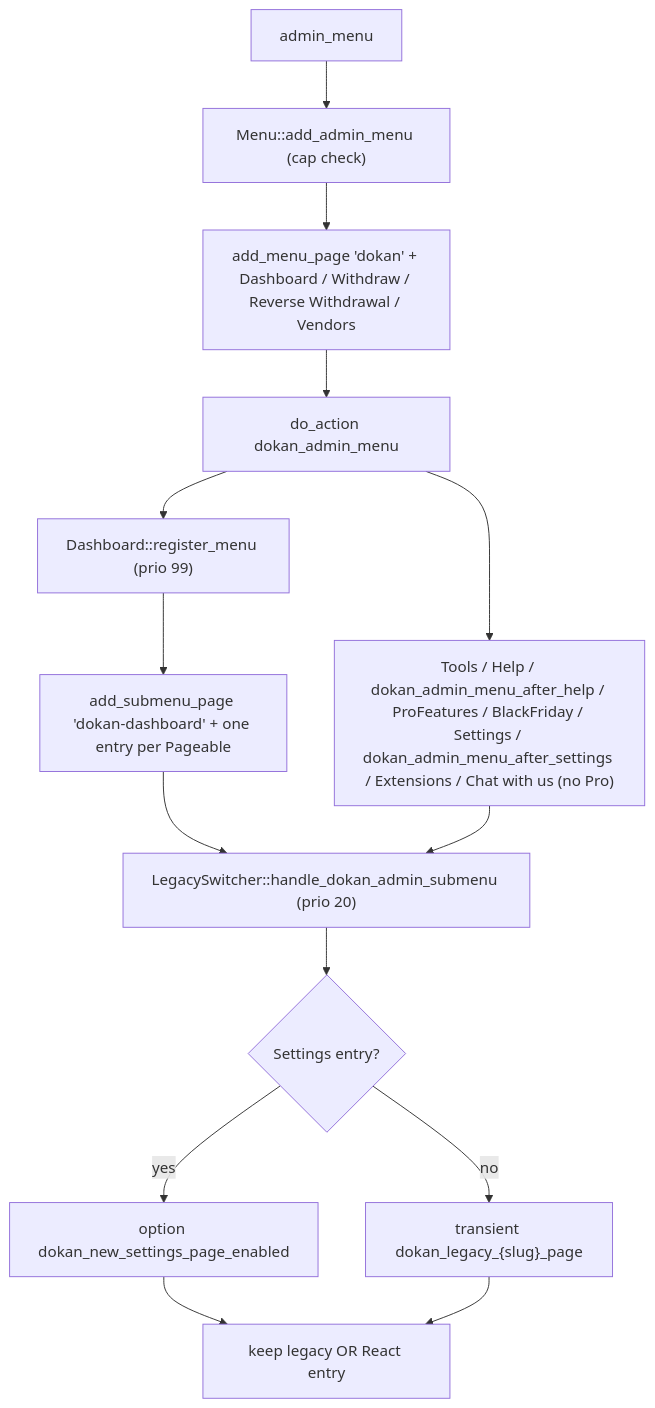
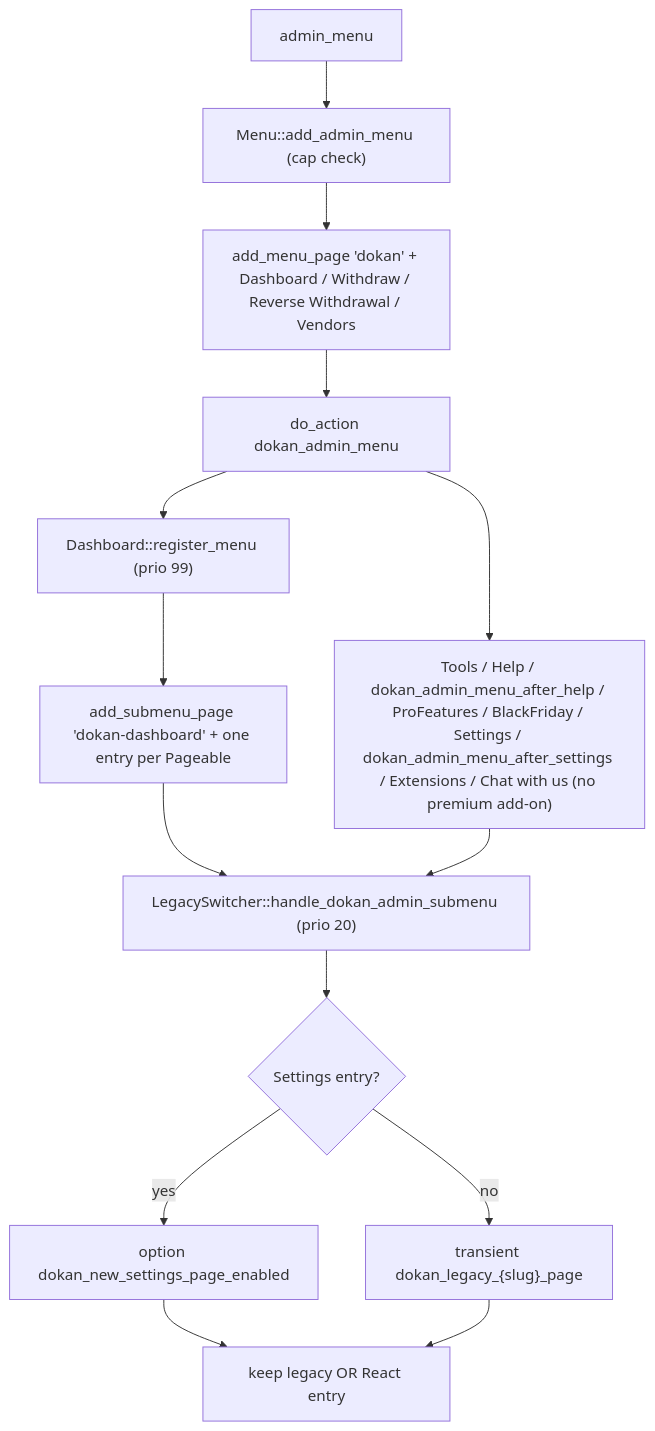
Before and after one commit to getdokan/dokan: the first of 9 diagrams in docs/adr/reference/admin-dashboard-and-settings.md, drawn with Mermaid. The commit also changed other lines of this file and 84 other files, not shown here.

````diff
--- a/docs/adr/reference/admin-dashboard-and-settings.md
+++ b/docs/adr/reference/admin-dashboard-and-settings.md
@@ -103,16 +103,16 @@
 ```mermaid
 flowchart TD
     A["admin_menu"] --> B["Menu::add_admin_menu (cap check)"]
     B --> C["add_menu_page 'dokan' + Dashboard / Withdraw / Reverse Withdrawal / Vendors"]
     C --> D["do_action dokan_admin_menu"]
     D --> E["Dashboard::register_menu (prio 99)"]
     E --> F["add_submenu_page 'dokan-dashboard' + one entry per Pageable"]
-    D --> G["Tools / Help / dokan_admin_menu_after_help / ProFeatures / BlackFriday / Settings / dokan_admin_menu_after_settings / Extensions / Chat with us (no Pro)"]
+    D --> G["Tools / Help / dokan_admin_menu_after_help / ProFeatures / BlackFriday / Settings / dokan_admin_menu_after_settings / Extensions / Chat with us (no premium add-on)"]
     F --> H["LegacySwitcher::handle_dokan_admin_submenu (prio 20)"]
     G --> H
     H --> I{"Settings entry?"}
     I -- yes --> J["option dokan_new_settings_page_enabled"]
     I -- no --> K["transient dokan_legacy_{slug}_page"]
     J --> L["keep legacy OR React entry"]
     K --> L
 ```
````
